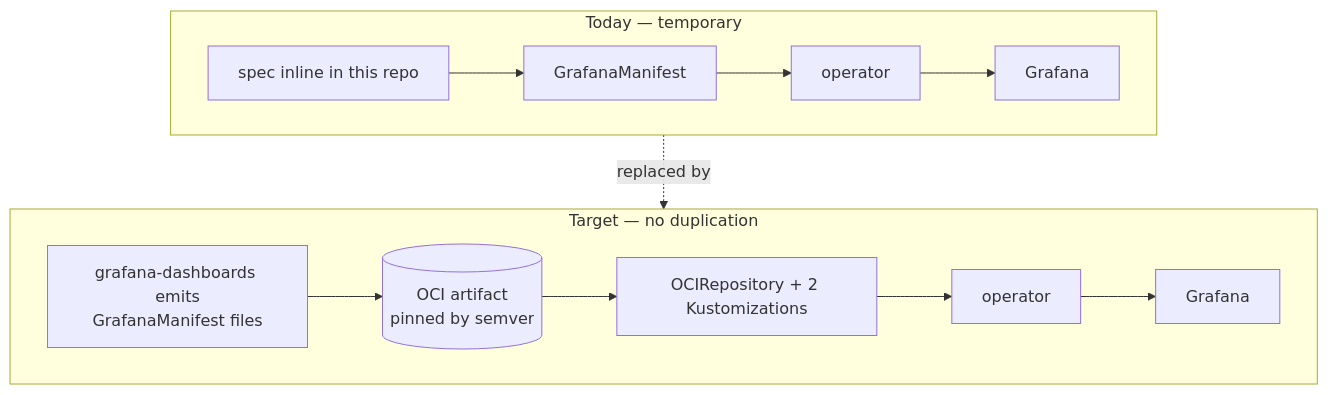
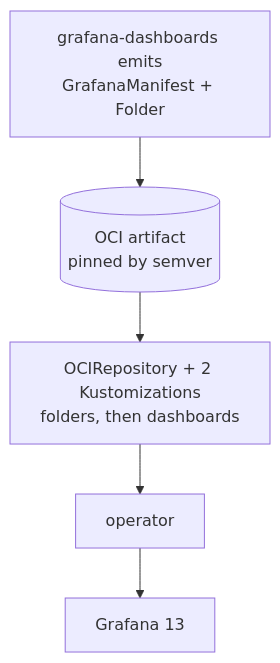
Before and after one commit to duynhlab/homelab: the sixth of 6 diagrams in docs/observability/grafana/dashboards-v2.md, drawn with Mermaid. The commit also changed other lines of this file and 52 other files, not shown here.

First line of the commit message:
chore(observability): take the ported dashboards from the as-code artifact (#1085)

````diff
--- a/docs/observability/grafana/dashboards-v2.md
+++ b/docs/observability/grafana/dashboards-v2.md
@@ -395,11 +399,5 @@
 ```mermaid
 flowchart TB
-    subgraph Now["Today — temporary"]
-        N1["spec inline in this repo"] --> N2["GrafanaManifest"] --> N3["operator"] --> N4["Grafana"]
-    end
-    subgraph Target["Target — no duplication"]
-        T1["grafana-dashboards emits<br/>GrafanaManifest files"] --> T2[("OCI artifact<br/>pinned by semver")]
-        T2 --> T3["OCIRepository + 2 Kustomizations"] --> T4["operator"] --> T5["Grafana"]
-    end
-    Now -.->|"replaced by"| Target
+    T1["grafana-dashboards emits<br/>GrafanaManifest + Folder"] --> T2[("OCI artifact<br/>pinned by semver")]
+    T2 --> T3["OCIRepository + 2 Kustomizations<br/>folders, then dashboards"] --> T4["operator"] --> T5["Grafana 13"]
 ```
````
